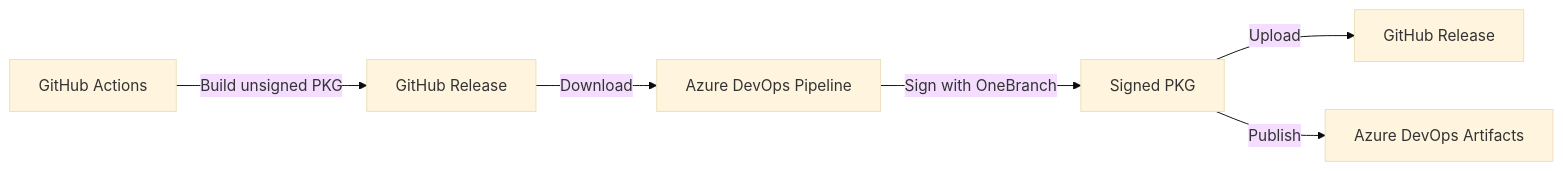
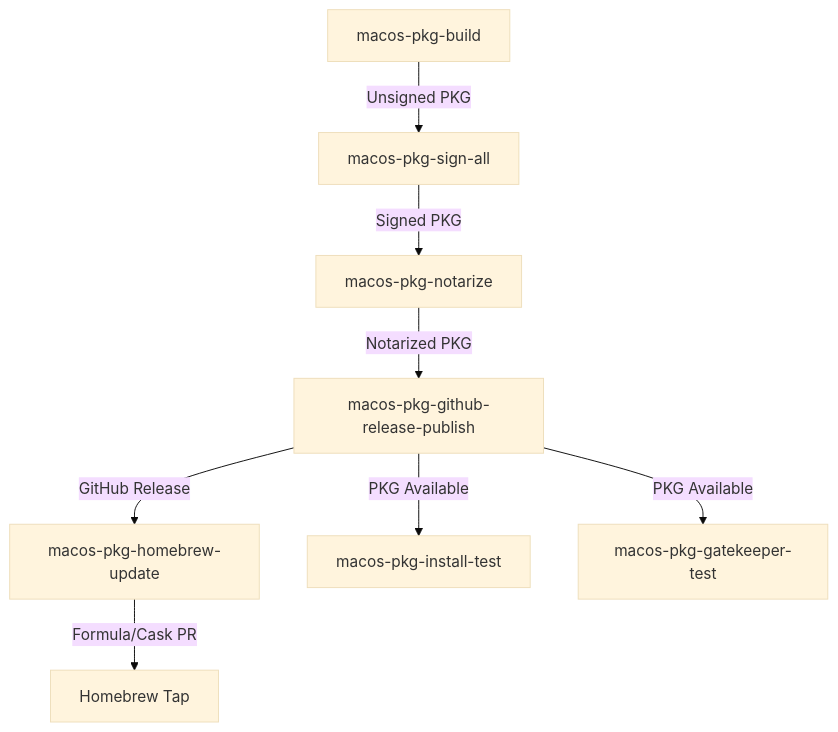
One commit to naga-nandyala/azure-cli-pkg-1 changed the diagram in .azure-pipelines/docs/AZURE-DEVOPS-SETUP.md. Above: the diagram before and after it, drawn with Mermaid (base theme). The commit also changed other lines of this file and 6 other files, not shown here.

````diff
--- a/.azure-pipelines/docs/AZURE-DEVOPS-SETUP.md
+++ b/.azure-pipelines/docs/AZURE-DEVOPS-SETUP.md
@@ -92,8 +113,10 @@
 ```mermaid
-graph LR
-    A[GitHub Actions] -->|Build unsigned PKG| B[GitHub Release]
-    B -->|Download| C[Azure DevOps Pipeline]
-    C -->|Sign with OneBranch| D[Signed PKG]
-    D -->|Upload| E[GitHub Release]
-    D -->|Publish| F[Azure DevOps Artifacts]
+graph TB
+    A[macos-pkg-build] -->|Unsigned PKG| B[macos-pkg-sign-all]
+    B -->|Signed PKG| C[macos-pkg-notarize]
+    C -->|Notarized PKG| D[macos-pkg-github-release-publish]
+    D -->|GitHub Release| E[macos-pkg-homebrew-update]
+    E -->|Formula/Cask PR| F[Homebrew Tap]
+    D -->|PKG Available| G[macos-pkg-install-test]
+    D -->|PKG Available| H[macos-pkg-gatekeeper-test]
 ```
````
